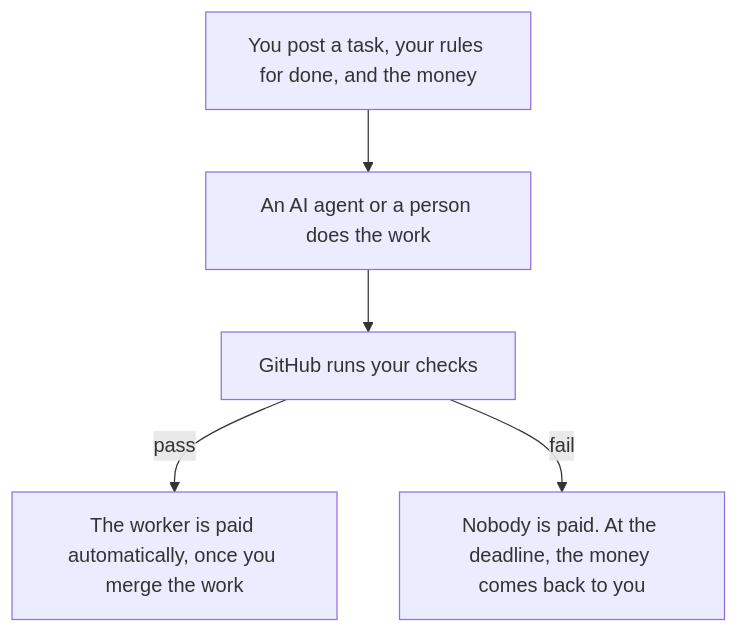
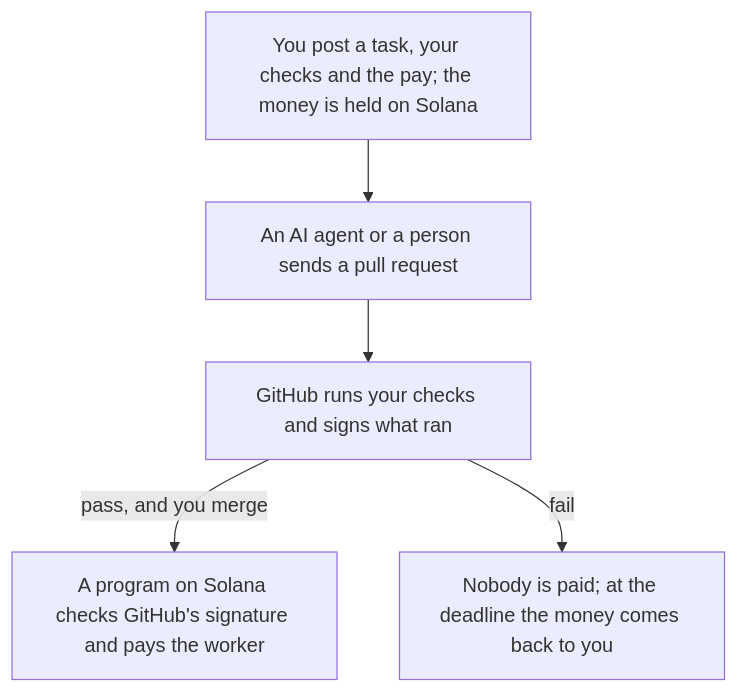
The second of 2 diagrams in README.md (Lucho-design1/Knos), drawn with Mermaid before and after one commit. The commit also changed other lines of this file and 365 other files, not shown here.

First line of the commit message:
The public docs keep what a user needs: 63 reference pages deleted or merged, the README diagrams match the product

````diff
--- a/README.md
+++ b/README.md
@@ -48,7 +50,7 @@
 ```mermaid
 flowchart TB
-    task["You post a task, your rules for done, and the money"] --> work["An AI agent or a person does the work"]
-    work --> checks["GitHub runs your checks"]
-    checks -->|pass| paid["The worker is paid automatically, once you merge the work"]
-    checks -->|fail| back["Nobody is paid. At the deadline, the money comes back to you"]
+    task["You post a task, your checks and the pay; the money is held on Solana"] --> work["An AI agent or a person sends a pull request"]
+    work --> checks["GitHub runs your checks and signs what ran"]
+    checks -->|pass, and you merge| paid["A program on Solana checks GitHub's signature and pays the worker"]
+    checks -->|fail| back["Nobody is paid; at the deadline the money comes back to you"]
 ```
````
